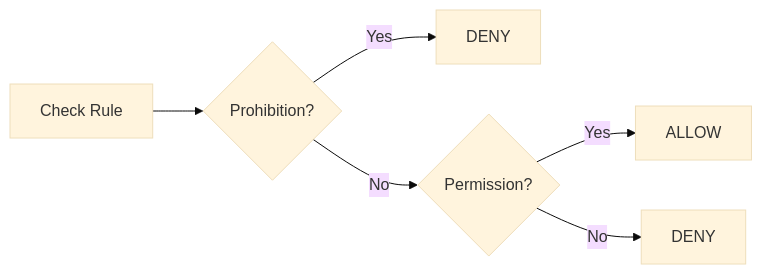
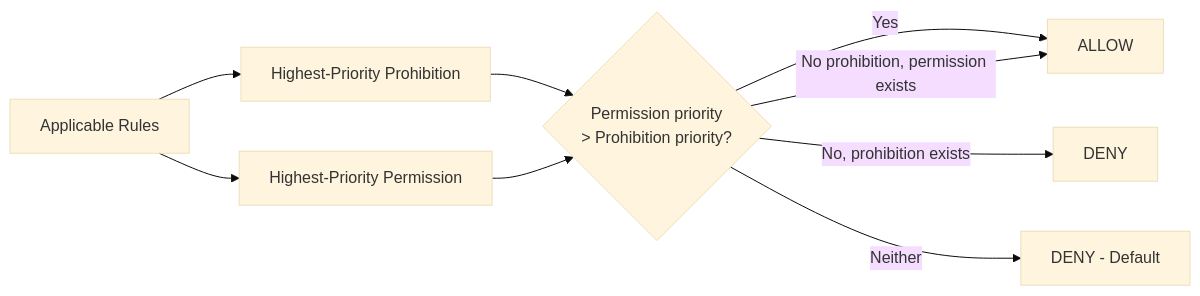
One commit to crudylabs/pgmorbac changed the third of 6 diagrams in docs/DOCUMENTATION.md. Above: the diagram before and after it, drawn with Mermaid (base theme). The commit also changed other lines of this file, not shown here.

````diff
--- a/docs/DOCUMENTATION.md
+++ b/docs/DOCUMENTATION.md
@@ -213,8 +217,11 @@
 ```mermaid
 flowchart LR
-    A[Check Rule] --> B{Prohibition?}
-    B -->|Yes| C[DENY]
-    B -->|No| D{Permission?}
+    A[Applicable Rules] --> B[Highest-Priority Prohibition]
+    A --> C[Highest-Priority Permission]
+    B --> D{Permission priority\n> Prohibition priority?}
+    C --> D
     D -->|Yes| E[ALLOW]
-    D -->|No| F[DENY]
+    D -->|No, prohibition exists| F[DENY]
+    D -->|No prohibition, permission exists| E
+    D -->|Neither| G[DENY - Default]
 ```
````
